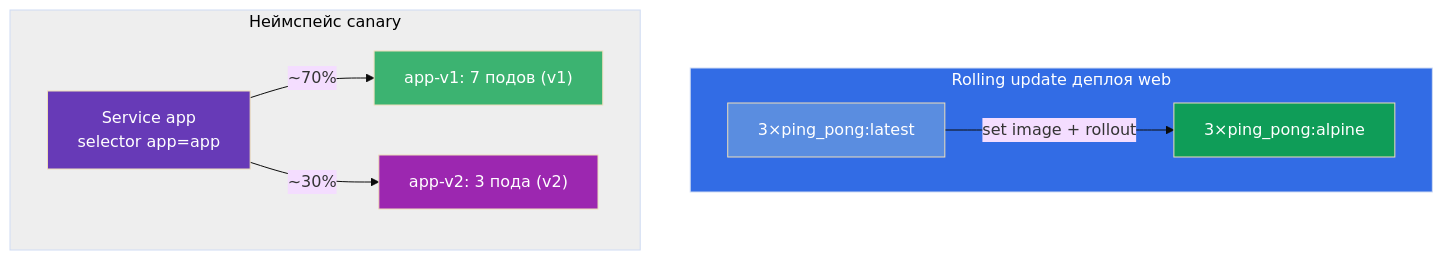
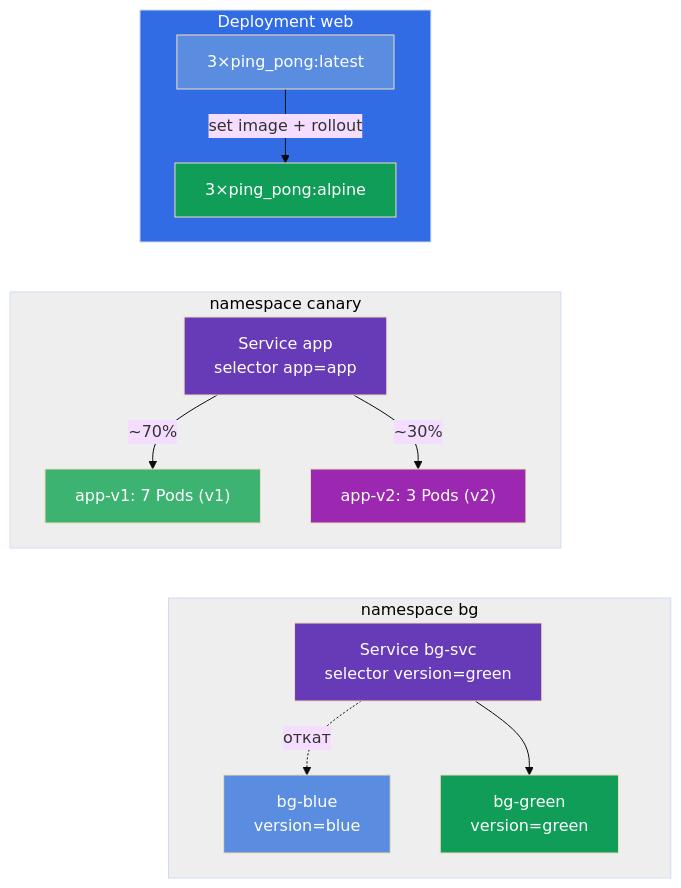
Before and after one commit to ViktorUJ/cks: the diagram in tasks/cka/labs/102/README_RU.MD, drawn with Mermaid (base theme). The commit also changed other lines of this file, not shown here.

````diff
--- a/tasks/cka/labs/102/README_RU.MD
+++ b/tasks/cka/labs/102/README_RU.MD
@@ -27,20 +36,33 @@
 ```mermaid
 flowchart TB
-    subgraph up["Rolling update деплоя web"]
+    subgraph up["Deployment web"]
         v1["3×ping_pong:latest"] -->|"set image + rollout"| v2["3×ping_pong:alpine"]
     end
-    subgraph canary["Неймспейс canary"]
+    subgraph canary["namespace canary"]
         svc["Service app<br>selector app=app"]
-        s1["app-v1: 7 подов (v1)"]
-        s2["app-v2: 3 пода (v2)"]
+        s1["app-v1: 7 Pods (v1)"]
+        s2["app-v2: 3 Pods (v2)"]
         svc -->|"~70%"| s1
         svc -->|"~30%"| s2
     end
+    subgraph bg["namespace bg"]
+        bsvc["Service bg-svc<br>selector version=green"]
+        blue["bg-blue<br>version=blue"]
+        green["bg-green<br>version=green"]
+        bsvc --> green
+        bsvc -.->|"откат"| blue
+    end
+    v2 ~~~ svc
+    s2 ~~~ bsvc
     style up fill:#326ce5,color:#fff
     style v1 fill:#5a8de0,color:#fff
     style v2 fill:#0f9d58,color:#fff
     style canary fill:#eeeeee,color:#000
     style svc fill:#673ab7,color:#fff
     style s1 fill:#3cb371,color:#fff
     style s2 fill:#9c27b0,color:#fff
+    style bg fill:#eeeeee,color:#000
+    style bsvc fill:#673ab7,color:#fff
+    style blue fill:#5a8de0,color:#fff
+    style green fill:#0f9d58,color:#fff
 ```
````
